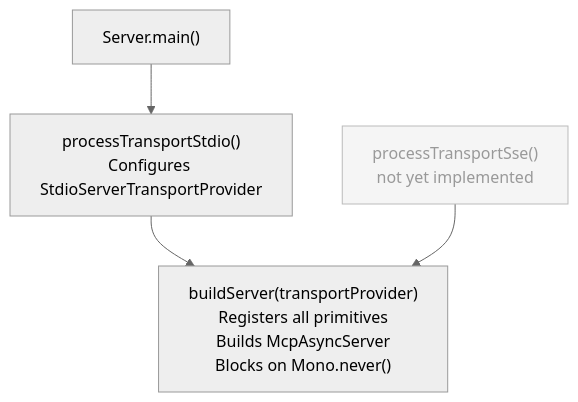
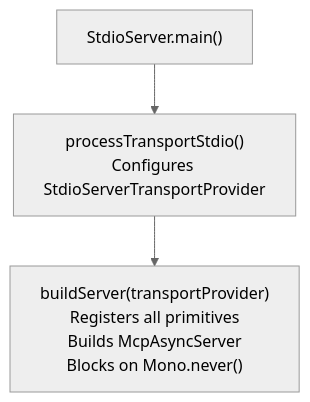
One commit to Warpguru/MCP changed the third of 6 diagrams in README.md. Above: the diagram before and after it, drawn with Mermaid (neutral theme). The commit also changed other lines of this file and 7 other files, not shown here.

````diff
--- a/README.md
+++ b/README.md
@@ -179,8 +291,6 @@
 ```mermaid
 flowchart TD
-    main["Server.main()"]
+    main["StdioServer.main()"]
     main --> pStdio["processTransportStdio()\nConfigures StdioServerTransportProvider"]
     pStdio --> build["buildServer(transportProvider)\nRegisters all primitives\nBuilds McpAsyncServer\nBlocks on Mono.never()"]
-    pSse["processTransportSse()\nnot yet implemented"]:::future --> build
-    classDef future fill:#f5f5f5,stroke:#bbb,color:#999
 ```
````
